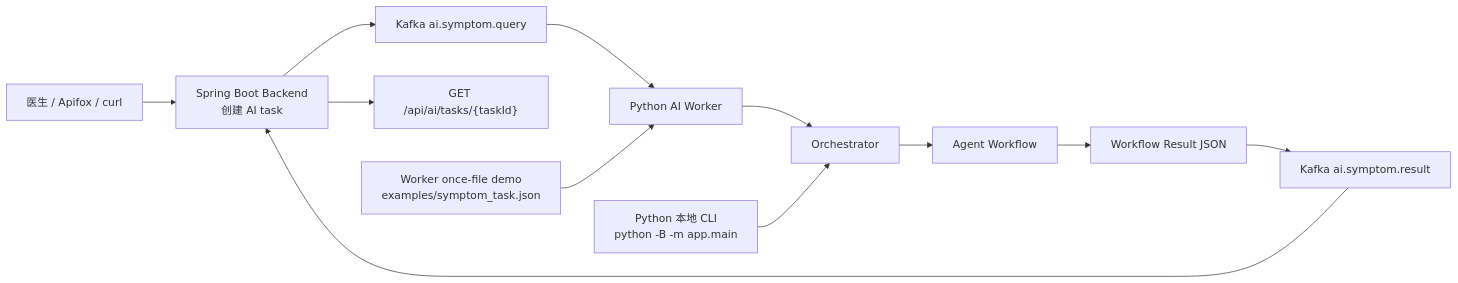
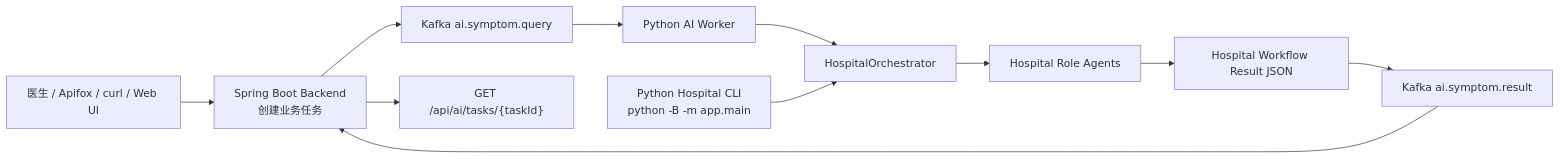
The first of 2 diagrams in README.md (whytomato/healthcare), drawn with Mermaid before and after one commit. The commit also changed other lines of this file and 61 other files, not shown here.

````diff
--- a/README.md
+++ b/README.md
@@ -14,15 +13,14 @@
 ```mermaid
 flowchart LR
-    User[医生 / Apifox / curl] --> Backend[Spring Boot Backend<br/>创建 AI task]
+    User[医生 / Apifox / curl / Web UI] --> Backend[Spring Boot Backend<br/>创建业务任务]
     Backend --> Query[Kafka ai.symptom.query]
     Query --> Worker[Python AI Worker]
-    Worker --> Orch[Orchestrator]
-    Orch --> Agents[Agent Workflow]
-    Agents --> Result[Workflow Result JSON]
+    Worker --> Hospital[HospitalOrchestrator]
+    Hospital --> RoleAgents[Hospital Role Agents]
+    RoleAgents --> Result[Hospital Workflow Result JSON]
     Result --> ResultTopic[Kafka ai.symptom.result]
     ResultTopic --> Backend
     Backend --> TaskAPI["GET /api/ai/tasks/{taskId}"]
 
-    LocalCLI[Python 本地 CLI<br/>python -B -m app.main] --> Orch
-    OnceFile[Worker once-file demo<br/>examples/symptom_task.json] --> Worker
+    LocalHospitalCLI[Python Hospital CLI<br/>python -B -m app.main] --> Hospital
 ```
````
